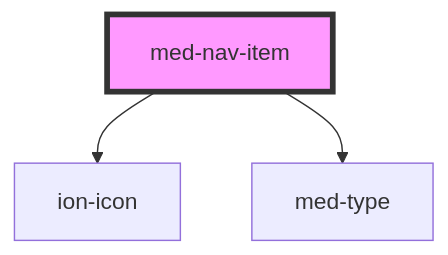
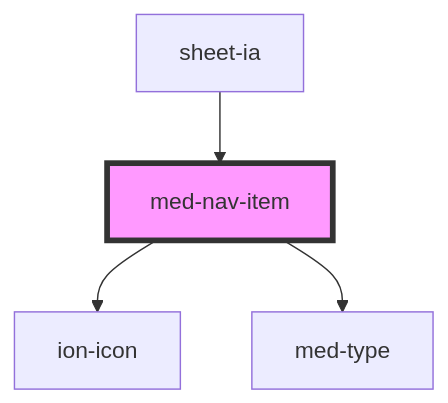
The diagram in core/src/components/@templarios/core/med-nav-item/readme.md (MEDGRUPOGIT/ionic-framework-1), drawn with Mermaid before and after one commit. The commit also changed other lines of this file and 58 other files, not shown here.

````diff
--- a/core/src/components/@templarios/core/med-nav-item/readme.md
+++ b/core/src/components/@templarios/core/med-nav-item/readme.md
@@ -39,6 +43,7 @@
 ```mermaid
 graph TD;
   med-nav-item --> ion-icon
   med-nav-item --> med-type
+  sheet-ia --> med-nav-item
   style med-nav-item fill:#f9f,stroke:#333,stroke-width:4px
 ```
````
